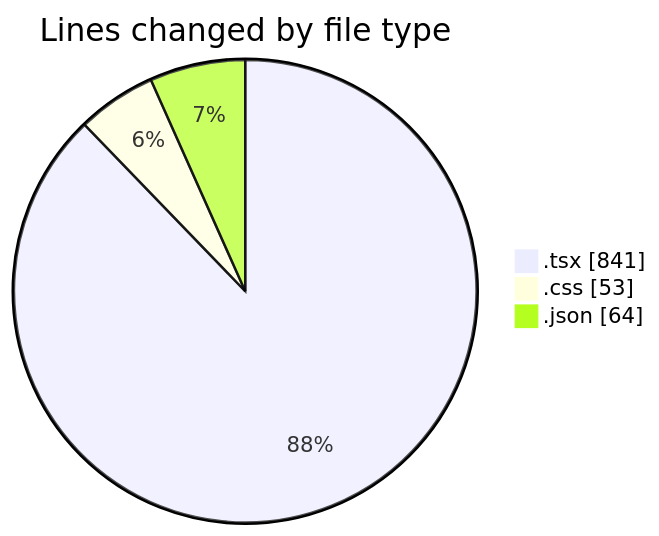
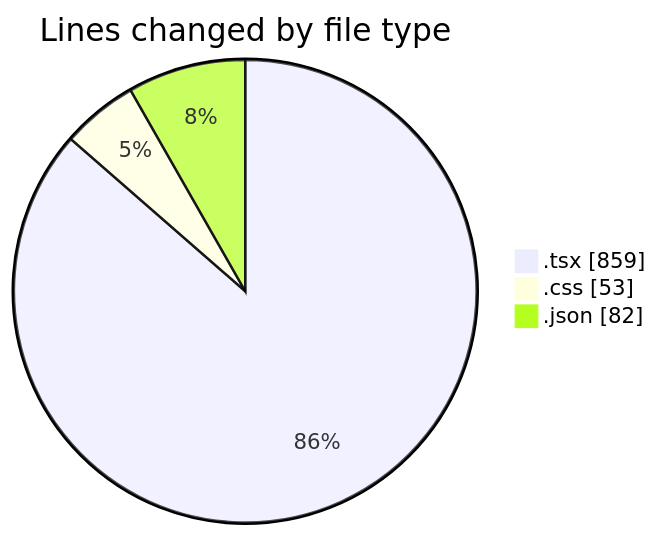
Before and after one commit to Elitesun/code-tracking: the first of 2 diagrams in 2025-04-10/product-page/README.md, drawn with Mermaid. The commit also changed other lines of this file and 1 other file, not shown here.

````diff
--- a/2025-04-10/product-page/README.md
+++ b/2025-04-10/product-page/README.md
@@ -30,7 +33,7 @@
 ```mermaid
 pie showData
 title Lines changed by file type
-".tsx" : 841
+".tsx" : 859
 ".css" : 53
-".json" : 64
+".json" : 82
 ```
````
